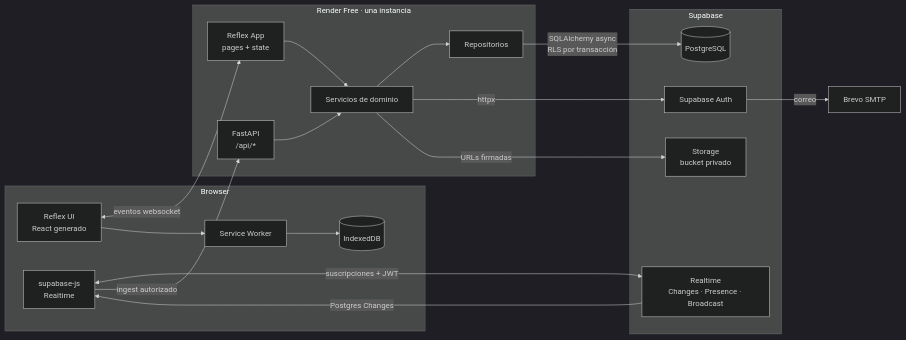
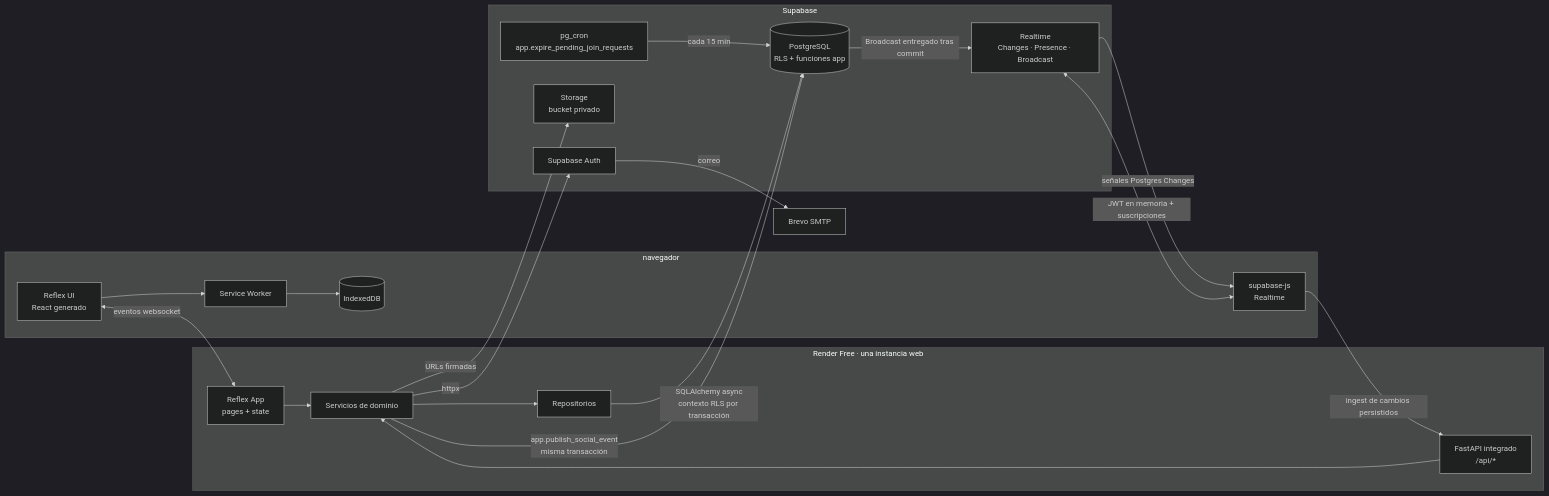
The diagram in docs/architecture.md (Johan409IA/chatly), drawn with Mermaid (dark theme) before and after one commit. The commit also changed other lines of this file and 43 other files, not shown here.

````diff
--- a/docs/architecture.md
+++ b/docs/architecture.md
@@ -24,39 +27,43 @@
 ```mermaid
 flowchart LR
-    subgraph Browser
+    subgraph Browser[ navegador ]
         UI[Reflex UI\nReact generado]
         JS[supabase-js\nRealtime]
         SW[Service Worker]
         IDB[(IndexedDB)]
     end
 
-    subgraph Render[Render Free · una instancia]
+    subgraph Render[Render Free · una instancia web]
         RX[Reflex App\npages + state]
-        API[FastAPI\n/api/*]
+        API[FastAPI integrado\n/api/*]
         SVC[Servicios de dominio]
         REPO[Repositorios]
     end
 
-    subgraph Supabase
+    subgraph Supabase[Supabase]
         AUTH[Supabase Auth]
-        PG[(PostgreSQL)]
+        PG[(PostgreSQL\nRLS + funciones app)]
         RT[Realtime\nChanges · Presence · Broadcast]
         ST[Storage\nbucket privado]
+        CRON[pg_cron\napp.expire_pending_join_requests]
     end
 
     BREVO[Brevo SMTP]
 
     UI <-->|eventos websocket| RX
     RX --> SVC
     API --> SVC
     SVC --> REPO
-    REPO -->|SQLAlchemy async\nRLS por transacción| PG
-    JS <-->|suscripciones + JWT| RT
-    JS -->|ingest autorizado| API
-    RT -->|Postgres Changes| JS
+    REPO -->|SQLAlchemy async\ncontexto RLS por transacción| PG
+    JS <-->|JWT en memoria + suscripciones| RT
+    RT -->|señales Postgres Changes| JS
+    JS -->|ingest de cambios persistidos| API
+    SVC -->|app.publish_social_event\nmisma transacción| PG
+    CRON -->|cada 15 min| PG
+    PG -->|Broadcast entregado tras commit| RT
     UI --> SW
     SW --> IDB
     AUTH -->|correo| BREVO
     SVC -->|httpx| AUTH
     SVC -->|URLs firmadas| ST
 ```
````
